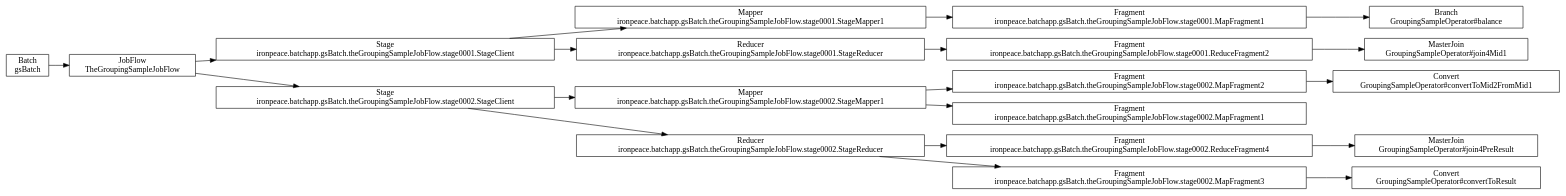
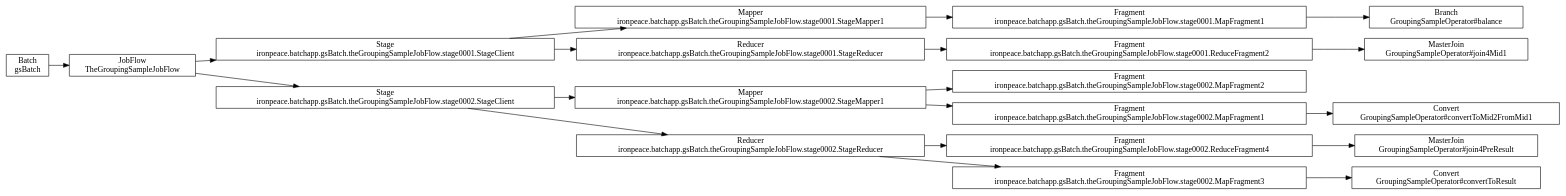
One commit to ironpeace/AsakusaGroupingSample changed the diagram in target/batchc/gsBatch/opt/dsl-analysis/batch/compiled-structure.dot. Above: the diagram before and after it, drawn with Graphviz. The commit also changed 98 other files, not shown here.

```diff
--- a/target/batchc/gsBatch/opt/dsl-analysis/batch/compiled-structure.dot
+++ b/target/batchc/gsBatch/opt/dsl-analysis/batch/compiled-structure.dot
@@ -1,40 +1,40 @@
 digraph {
     rankdir = LR;
-    "a58320b7-078c-48ce-8330-c66a5a3434eb" [shape=box, label="Batch\ngsBatch"];
-    "d9eb833d-d3c1-45fa-a41e-0f980d00b6c1" [shape=box, label="JobFlow\nTheGroupingSampleJobFlow"];
-    "085f28b6-ba13-4c0f-99fe-bece2a171b1a" [shape=box, label="Stage\nironpeace.batchapp.gsBatch.theGroupingSampleJobFlow.stage0001.StageClient"];
-    "500fc386-1a6e-4f16-8186-763ae2c63489" [shape=box, label="Mapper\nironpeace.batchapp.gsBatch.theGroupingSampleJobFlow.stage0001.StageMapper1"];
-    "085f28b6-ba13-4c0f-99fe-bece2a171b1a" -> "500fc386-1a6e-4f16-8186-763ae2c63489";
-    "7be798b2-424d-434b-96fe-16a666142736" [shape=box, label="Fragment\nironpeace.batchapp.gsBatch.theGroupingSampleJobFlow.stage0001.MapFragment1"];
-    "3a3bda0f-2db2-46fe-818c-ff8054e08b3f" [shape=box, label="Branch\nGroupingSampleOperator#balance"];
-    "7be798b2-424d-434b-96fe-16a666142736" -> "3a3bda0f-2db2-46fe-818c-ff8054e08b3f";
-    "500fc386-1a6e-4f16-8186-763ae2c63489" -> "7be798b2-424d-434b-96fe-16a666142736";
-    "ebcb557d-41e2-449e-90de-66f61e43178d" [shape=box, label="Reducer\nironpeace.batchapp.gsBatch.theGroupingSampleJobFlow.stage0001.StageReducer"];
-    "085f28b6-ba13-4c0f-99fe-bece2a171b1a" -> "ebcb557d-41e2-449e-90de-66f61e43178d";
-    "ef94937f-8d61-4202-9218-2fc03fb51621" [shape=box, label="Fragment\nironpeace.batchapp.gsBatch.theGroupingSampleJobFlow.stage0001.ReduceFragment2"];
-    "ffeffa43-ee99-41a9-8515-0582856dce9a" [shape=box, label="MasterJoin\nGroupingSampleOperator#join4Mid1"];
-    "ef94937f-8d61-4202-9218-2fc03fb51621" -> "ffeffa43-ee99-41a9-8515-0582856dce9a";
-    "ebcb557d-41e2-449e-90de-66f61e43178d" -> "ef94937f-8d61-4202-9218-2fc03fb51621";
-    "d9eb833d-d3c1-45fa-a41e-0f980d00b6c1" -> "085f28b6-ba13-4c0f-99fe-bece2a171b1a";
-    "4cfc65b8-4335-4005-af16-b85ccae4c1f4" [shape=box, label="Stage\nironpeace.batchapp.gsBatch.theGroupingSampleJobFlow.stage0002.StageClient"];
-    "96265f3f-43f5-4080-b63a-7486d2db6cca" [shape=box, label="Mapper\nironpeace.batchapp.gsBatch.theGroupingSampleJobFlow.stage0002.StageMapper1"];
-    "4cfc65b8-4335-4005-af16-b85ccae4c1f4" -> "96265f3f-43f5-4080-b63a-7486d2db6cca";
-    "38f9d99c-3ce4-458f-95c0-88b57d2201c5" [shape=box, label="Fragment\nironpeace.batchapp.gsBatch.theGroupingSampleJobFlow.stage0002.MapFragment2"];
-    "0eb09e66-8203-42bb-b460-b922c6708302" [shape=box, label="Convert\nGroupingSampleOperator#convertToMid2FromMid1"];
-    "38f9d99c-3ce4-458f-95c0-88b57d2201c5" -> "0eb09e66-8203-42bb-b460-b922c6708302";
-    "96265f3f-43f5-4080-b63a-7486d2db6cca" -> "38f9d99c-3ce4-458f-95c0-88b57d2201c5";
-    "3f33f765-06a4-40a2-99c8-5879d43ac9d3" [shape=box, label="Fragment\nironpeace.batchapp.gsBatch.theGroupingSampleJobFlow.stage0002.MapFragment1"];
-    "96265f3f-43f5-4080-b63a-7486d2db6cca" -> "3f33f765-06a4-40a2-99c8-5879d43ac9d3";
-    "e8aa45b8-32fa-41dd-beed-152f6ec98c60" [shape=box, label="Reducer\nironpeace.batchapp.gsBatch.theGroupingSampleJobFlow.stage0002.StageReducer"];
-    "4cfc65b8-4335-4005-af16-b85ccae4c1f4" -> "e8aa45b8-32fa-41dd-beed-152f6ec98c60";
-    "ab6ff8e7-d25e-49a3-844e-fcd0ded190c8" [shape=box, label="Fragment\nironpeace.batchapp.gsBatch.theGroupingSampleJobFlow.stage0002.ReduceFragment4"];
-    "7296ee3e-9a61-42ca-a0b8-d0d1387640ef" [shape=box, label="MasterJoin\nGroupingSampleOperator#join4PreResult"];
-    "ab6ff8e7-d25e-49a3-844e-fcd0ded190c8" -> "7296ee3e-9a61-42ca-a0b8-d0d1387640ef";
-    "e8aa45b8-32fa-41dd-beed-152f6ec98c60" -> "ab6ff8e7-d25e-49a3-844e-fcd0ded190c8";
-    "a2130b3e-73f5-44e1-a645-d6ce9fde52a5" [shape=box, label="Fragment\nironpeace.batchapp.gsBatch.theGroupingSampleJobFlow.stage0002.MapFragment3"];
-    "780be108-8c03-4ba9-b396-a4de0449bbc7" [shape=box, label="Convert\nGroupingSampleOperator#convertToResult"];
-    "a2130b3e-73f5-44e1-a645-d6ce9fde52a5" -> "780be108-8c03-4ba9-b396-a4de0449bbc7";
-    "e8aa45b8-32fa-41dd-beed-152f6ec98c60" -> "a2130b3e-73f5-44e1-a645-d6ce9fde52a5";
-    "d9eb833d-d3c1-45fa-a41e-0f980d00b6c1" -> "4cfc65b8-4335-4005-af16-b85ccae4c1f4";
-    "a58320b7-078c-48ce-8330-c66a5a3434eb" -> "d9eb833d-d3c1-45fa-a41e-0f980d00b6c1";
+    "bd8694d5-439e-4037-8b9d-f54aad2e5fac" [shape=box, label="Batch\ngsBatch"];
+    "cb4ada2f-1915-499f-bd60-22123cb3efe0" [shape=box, label="JobFlow\nTheGroupingSampleJobFlow"];
+    "ceae9a81-cd34-4b62-906c-29802d3fde04" [shape=box, label="Stage\nironpeace.batchapp.gsBatch.theGroupingSampleJobFlow.stage0001.StageClient"];
+    "dbcb2802-9510-4317-b9a0-88cd9ff00c94" [shape=box, label="Mapper\nironpeace.batchapp.gsBatch.theGroupingSampleJobFlow.stage0001.StageMapper1"];
+    "ceae9a81-cd34-4b62-906c-29802d3fde04" -> "dbcb2802-9510-4317-b9a0-88cd9ff00c94";
+    "f102cfc9-d75d-4cf1-a8d4-1eeb7cdf5bf1" [shape=box, label="Fragment\nironpeace.batchapp.gsBatch.theGroupingSampleJobFlow.stage0001.MapFragment1"];
+    "e0c98c7e-d15a-487c-8d3b-763ec45c9862" [shape=box, label="Branch\nGroupingSampleOperator#balance"];
+    "f102cfc9-d75d-4cf1-a8d4-1eeb7cdf5bf1" -> "e0c98c7e-d15a-487c-8d3b-763ec45c9862";
+    "dbcb2802-9510-4317-b9a0-88cd9ff00c94" -> "f102cfc9-d75d-4cf1-a8d4-1eeb7cdf5bf1";
+    "5fc18bfc-4bff-4311-a34b-722e1c2a4106" [shape=box, label="Reducer\nironpeace.batchapp.gsBatch.theGroupingSampleJobFlow.stage0001.StageReducer"];
+    "ceae9a81-cd34-4b62-906c-29802d3fde04" -> "5fc18bfc-4bff-4311-a34b-722e1c2a4106";
+    "4597d472-b24c-490b-9106-0370745b4790" [shape=box, label="Fragment\nironpeace.batchapp.gsBatch.theGroupingSampleJobFlow.stage0001.ReduceFragment2"];
+    "a25f1885-6b5b-4d05-9c49-637e0842c1e9" [shape=box, label="MasterJoin\nGroupingSampleOperator#join4Mid1"];
+    "4597d472-b24c-490b-9106-0370745b4790" -> "a25f1885-6b5b-4d05-9c49-637e0842c1e9";
+    "5fc18bfc-4bff-4311-a34b-722e1c2a4106" -> "4597d472-b24c-490b-9106-0370745b4790";
+    "cb4ada2f-1915-499f-bd60-22123cb3efe0" -> "ceae9a81-cd34-4b62-906c-29802d3fde04";
+    "9c97a85e-6f6c-4fa5-a1ee-1ede3eea6a6f" [shape=box, label="Stage\nironpeace.batchapp.gsBatch.theGroupingSampleJobFlow.stage0002.StageClient"];
+    "50a40edc-6966-46b4-998d-fc59916be604" [shape=box, label="Mapper\nironpeace.batchapp.gsBatch.theGroupingSampleJobFlow.stage0002.StageMapper1"];
+    "9c97a85e-6f6c-4fa5-a1ee-1ede3eea6a6f" -> "50a40edc-6966-46b4-998d-fc59916be604";
+    "e0a6c68c-6274-475b-94d6-0bc3150afe10" [shape=box, label="Fragment\nironpeace.batchapp.gsBatch.theGroupingSampleJobFlow.stage0002.MapFragment2"];
+    "50a40edc-6966-46b4-998d-fc59916be604" -> "e0a6c68c-6274-475b-94d6-0bc3150afe10";
+    "e3c7a06c-cf6f-48b0-8d3c-9350e01f5d09" [shape=box, label="Fragment\nironpeace.batchapp.gsBatch.theGroupingSampleJobFlow.stage0002.MapFragment1"];
+    "f085fd3d-6ed1-41d0-b79d-203284919a83" [shape=box, label="Convert\nGroupingSampleOperator#convertToMid2FromMid1"];
+    "e3c7a06c-cf6f-48b0-8d3c-9350e01f5d09" -> "f085fd3d-6ed1-41d0-b79d-203284919a83";
+    "50a40edc-6966-46b4-998d-fc59916be604" -> "e3c7a06c-cf6f-48b0-8d3c-9350e01f5d09";
+    "e7072e68-b3d9-4b5b-ab39-b5502f9da026" [shape=box, label="Reducer\nironpeace.batchapp.gsBatch.theGroupingSampleJobFlow.stage0002.StageReducer"];
+    "9c97a85e-6f6c-4fa5-a1ee-1ede3eea6a6f" -> "e7072e68-b3d9-4b5b-ab39-b5502f9da026";
+    "b096ca66-7f0c-4671-a0c1-fd84af1d1c3c" [shape=box, label="Fragment\nironpeace.batchapp.gsBatch.theGroupingSampleJobFlow.stage0002.ReduceFragment4"];
+    "09b8e3e1-e197-4139-b7ac-9e4c1ebfa6f9" [shape=box, label="MasterJoin\nGroupingSampleOperator#join4PreResult"];
+    "b096ca66-7f0c-4671-a0c1-fd84af1d1c3c" -> "09b8e3e1-e197-4139-b7ac-9e4c1ebfa6f9";
+    "e7072e68-b3d9-4b5b-ab39-b5502f9da026" -> "b096ca66-7f0c-4671-a0c1-fd84af1d1c3c";
+    "59de337b-4e3c-40aa-89af-36ae0795849f" [shape=box, label="Fragment\nironpeace.batchapp.gsBatch.theGroupingSampleJobFlow.stage0002.MapFragment3"];
+    "89f5dabb-9131-4a27-8c6a-50f683d42a01" [shape=box, label="Convert\nGroupingSampleOperator#convertToResult"];
+    "59de337b-4e3c-40aa-89af-36ae0795849f" -> "89f5dabb-9131-4a27-8c6a-50f683d42a01";
+    "e7072e68-b3d9-4b5b-ab39-b5502f9da026" -> "59de337b-4e3c-40aa-89af-36ae0795849f";
+    "cb4ada2f-1915-499f-bd60-22123cb3efe0" -> "9c97a85e-6f6c-4fa5-a1ee-1ede3eea6a6f";
+    "bd8694d5-439e-4037-8b9d-f54aad2e5fac" -> "cb4ada2f-1915-499f-bd60-22123cb3efe0";
 }
```
